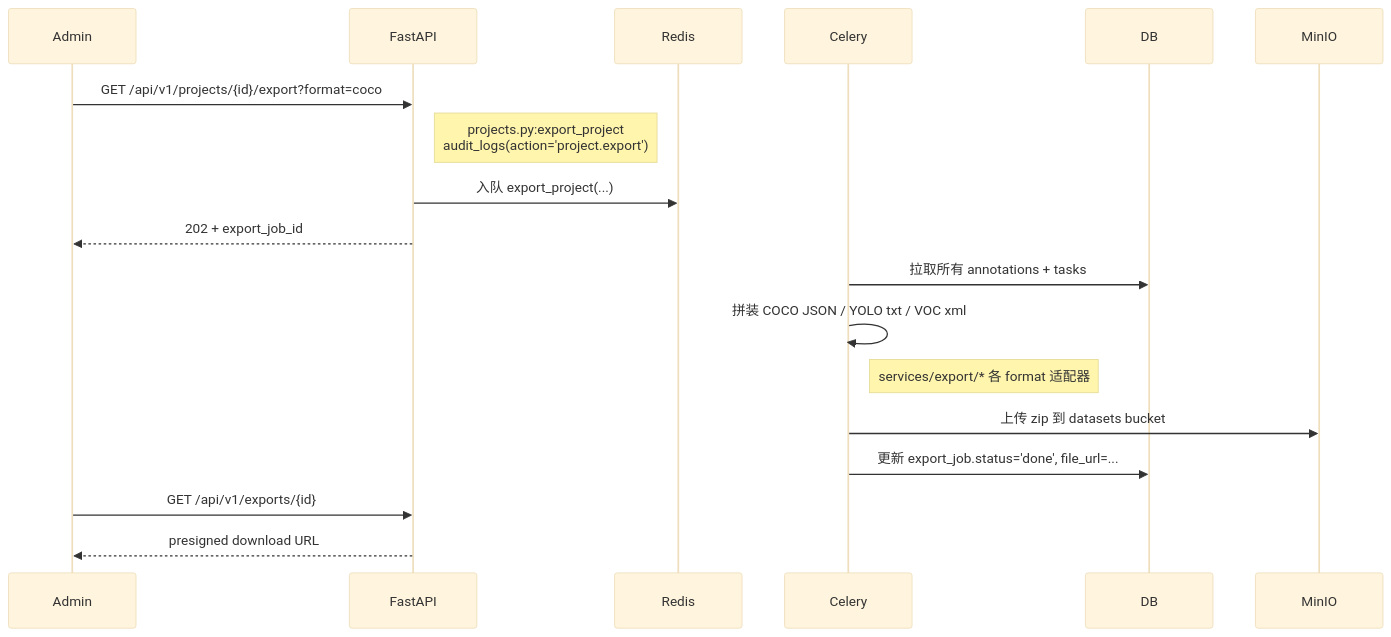
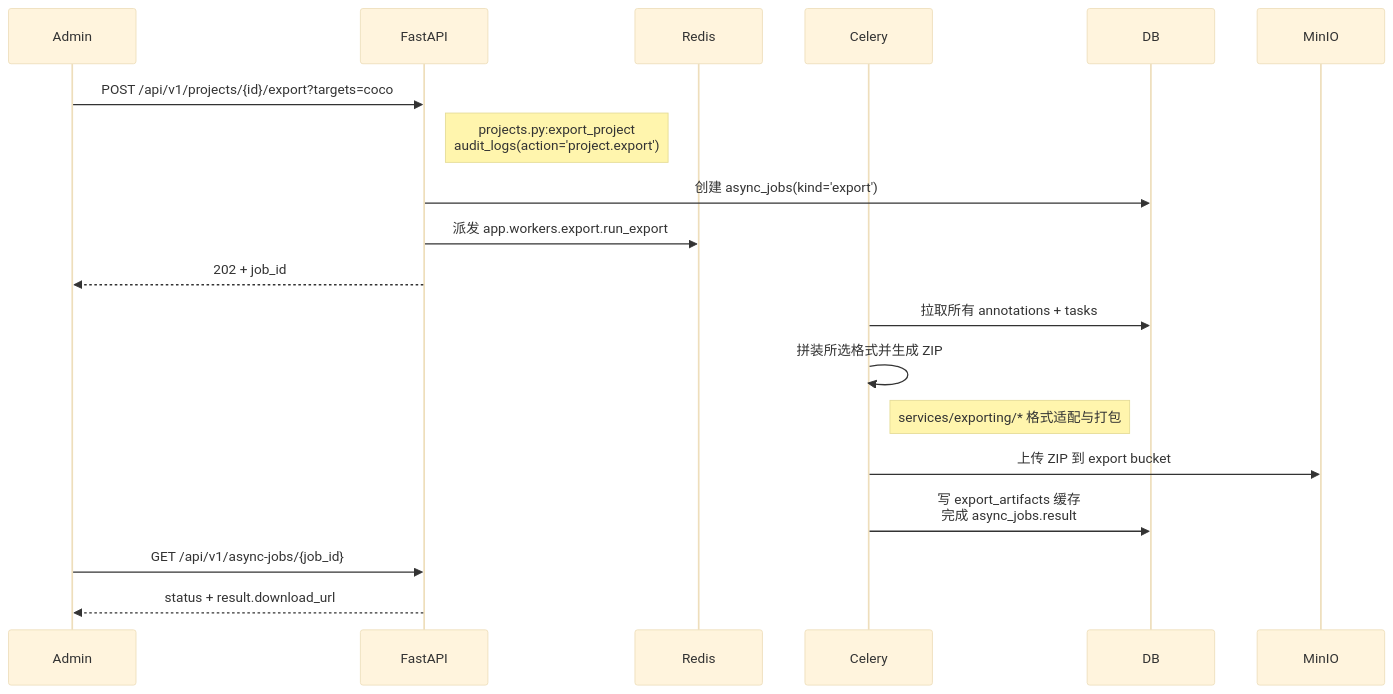
Before and after one commit to yyq19990828/ai-annotation-platform: the third of 4 diagrams in docs-site/dev/concepts/data-flow.md, drawn with Mermaid (base theme). The commit also changed other lines of this file and 26 other files, not shown here.

````diff
--- a/docs-site/dev/concepts/data-flow.md
+++ b/docs-site/dev/concepts/data-flow.md
@@ -99,21 +99,22 @@
 ```mermaid
 sequenceDiagram
   participant Admin
   participant A as FastAPI
   participant R as Redis
   participant C as Celery
   participant DB
   participant S as MinIO
 
-  Admin->>A: GET /api/v1/projects/{id}/export?format=coco
+  Admin->>A: POST /api/v1/projects/{id}/export?targets=coco
   Note right of A: projects.py:export_project<br/>audit_logs(action='project.export')
-  A->>R: 入队 export_project(...)
-  A-->>Admin: 202 + export_job_id
+  A->>DB: 创建 async_jobs(kind='export')
+  A->>R: 派发 app.workers.export.run_export
+  A-->>Admin: 202 + job_id
   C->>DB: 拉取所有 annotations + tasks
-  C->>C: 拼装 COCO JSON / YOLO txt / VOC xml
-  Note right of C: services/export/* 各 format 适配器
-  C->>S: 上传 zip 到 datasets bucket
-  C->>DB: 更新 export_job.status='done', file_url=...
-  Admin->>A: GET /api/v1/exports/{id}
-  A-->>Admin: presigned download URL
+  C->>C: 拼装所选格式并生成 ZIP
+  Note right of C: services/exporting/* 格式适配与打包
+  C->>S: 上传 ZIP 到 export bucket
+  C->>DB: 写 export_artifacts 缓存<br/>完成 async_jobs.result
+  Admin->>A: GET /api/v1/async-jobs/{job_id}
+  A-->>Admin: status + result.download_url
 ```
````
